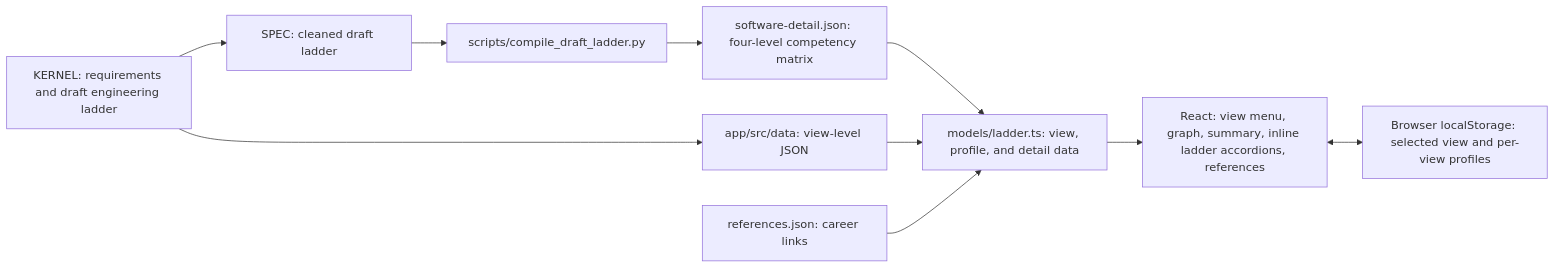
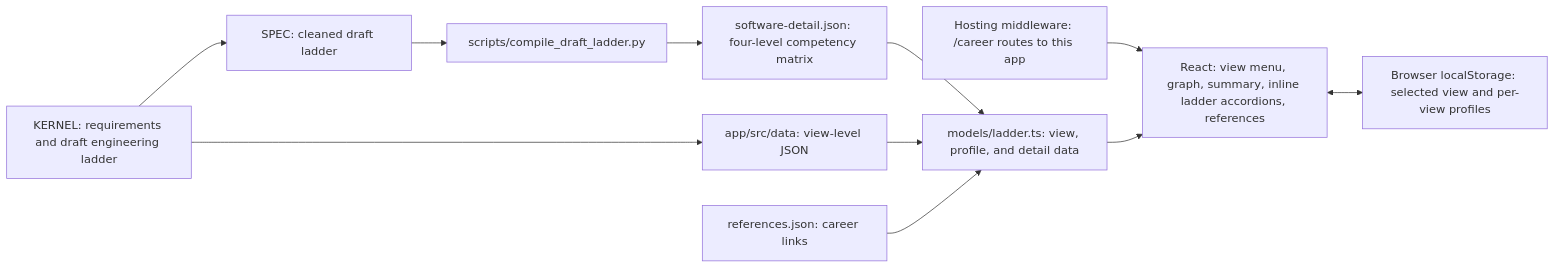
Before and after one commit to johnpfeiffer/career: the first of 2 diagrams in architecture.md, drawn with Mermaid. The commit also changed other lines of this file and 1 other file, not shown here.

Commit message:
fix the monorepo vs local app route handling bug

````diff
--- a/architecture.md
+++ b/architecture.md
@@ -7,12 +7,13 @@
 ```mermaid
 flowchart LR
     K["KERNEL: requirements and draft engineering ladder"] --> M["SPEC: cleaned draft ladder"]
     M --> C["scripts/compile_draft_ladder.py"]
     C --> D["software-detail.json: four-level competency matrix"]
     K --> J["app/src/data: view-level JSON"]
     D --> L["models/ladder.ts: view, profile, and detail data"]
     J --> L
     R["references.json: career links"] --> L
+    W["Hosting middleware: /career routes to this app"] --> V
     L --> V["React: view menu, graph, summary, inline ladder accordions, references"]
     V <--> S["Browser localStorage: selected view and per-view profiles"]
 ```
````
